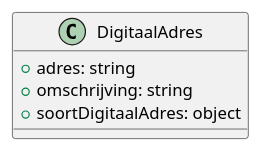
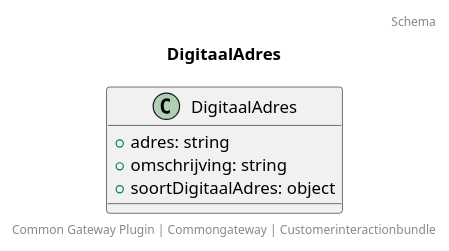
Before and after one commit to CommonGateway/CustomerInteractionBundle: the diagram in docs/schema/klant.digitaalAdres.puml, drawn with PlantUML. The commit also changed 41 other files, not shown here.

```diff
--- a/docs/schema/klant.digitaalAdres.puml
+++ b/docs/schema/klant.digitaalAdres.puml
@@ -1,7 +1,11 @@
 @startuml
+title: DigitaalAdres
+footer: Common Gateway Plugin | Commongateway | Customerinteractionbundle 
+header: Schema
+
 class DigitaalAdres {
   + adres: string
   + omschrijving: string
   + soortDigitaalAdres: object
 }
 @enduml
```
